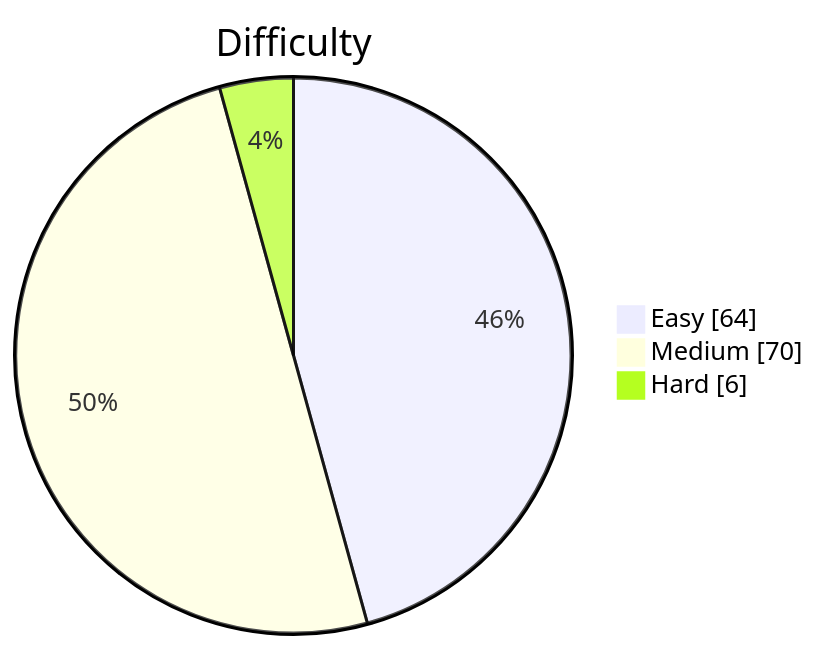
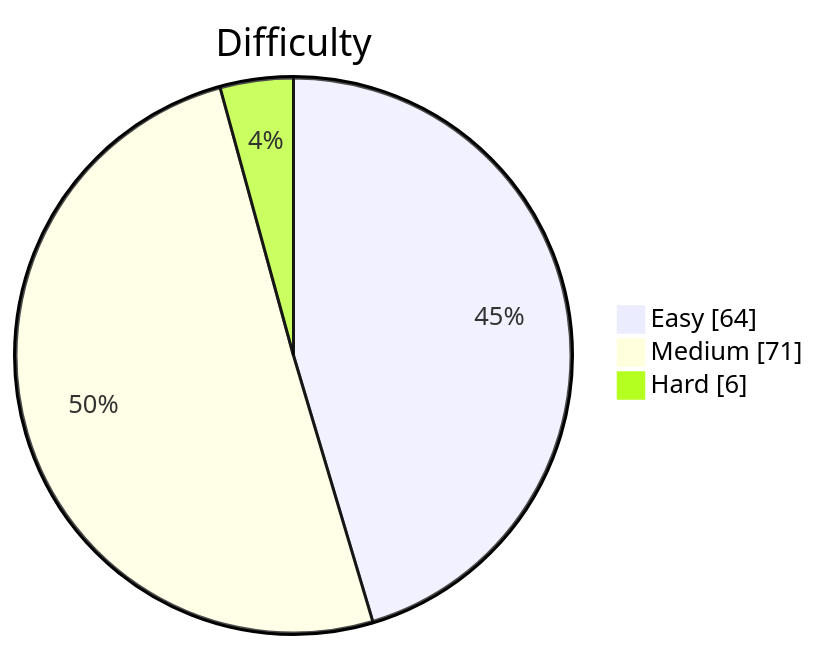
Before and after one commit to kevstevie/python-algo-practice: the diagram in README.md, drawn with Mermaid. The commit also changed other lines of this file, not shown here.

````diff
--- a/README.md
+++ b/README.md
@@ -13,7 +13,7 @@
 ```mermaid
 pie showData
     title Difficulty
     "Easy"   : 64
-    "Medium" : 70
+    "Medium" : 71
     "Hard"   : 6
 ```
````
